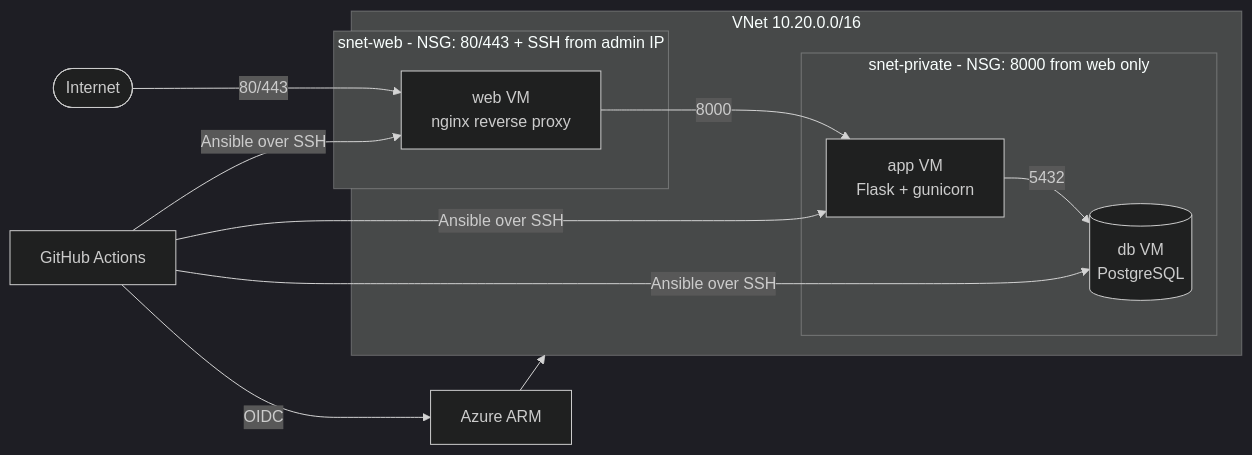
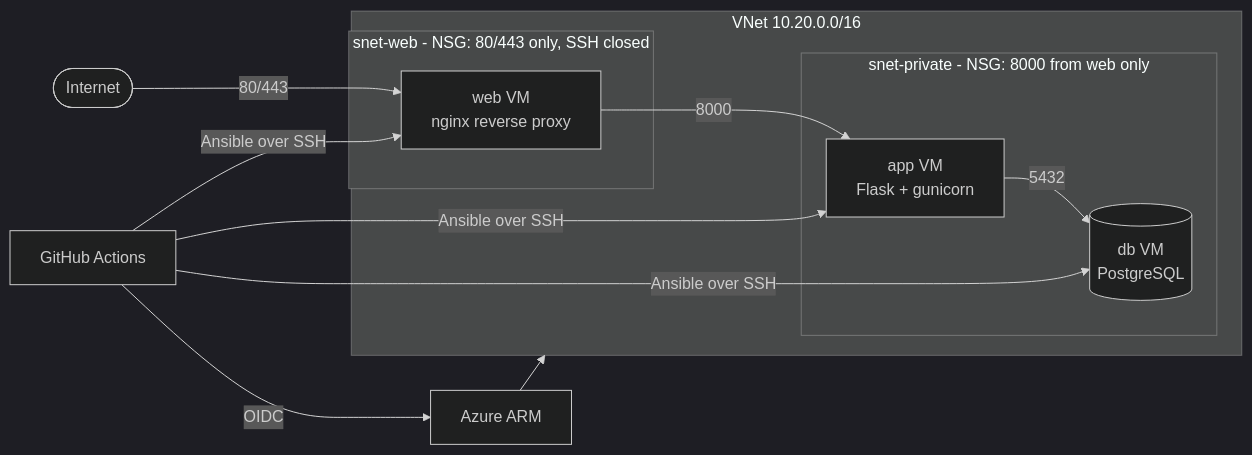
The diagram in README.md (pobournex/azure-incident-tracker), drawn with Mermaid (dark theme) before and after one commit. The commit also changed other lines of this file and 9 other files, not shown here.

````diff
--- a/README.md
+++ b/README.md
@@ -5,18 +5,18 @@
 ```mermaid
 flowchart LR
   user([Internet]) -->|80/443| web
   subgraph vnet[VNet 10.20.0.0/16]
-    subgraph s1[snet-web - NSG: 80/443 + SSH from admin IP]
+    subgraph s1[snet-web - NSG: 80/443 only, SSH closed]
       web[web VM<br/>nginx reverse proxy]
     end
     subgraph s2[snet-private - NSG: 8000 from web only]
       app[app VM<br/>Flask + gunicorn]
       db[(db VM<br/>PostgreSQL)]
     end
   end
   web -->|8000| app
   app -->|5432| db
   gh[GitHub Actions] -->|OIDC| azure[Azure ARM]
   azure --> vnet
   gh -->|Ansible over SSH| web & app & db
 ```
````
